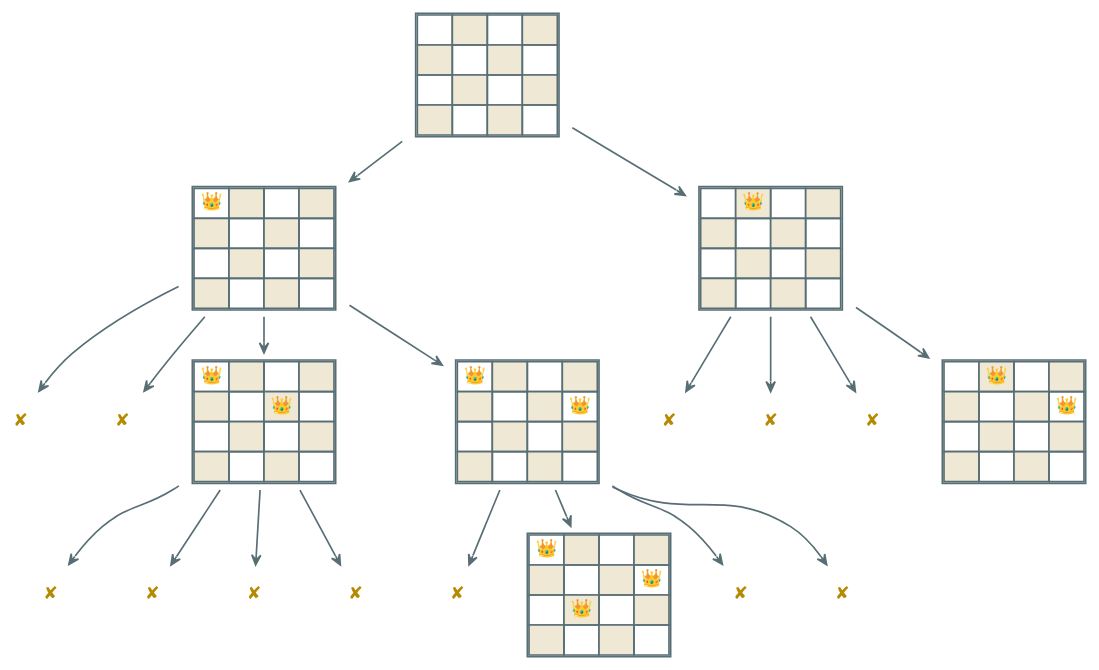
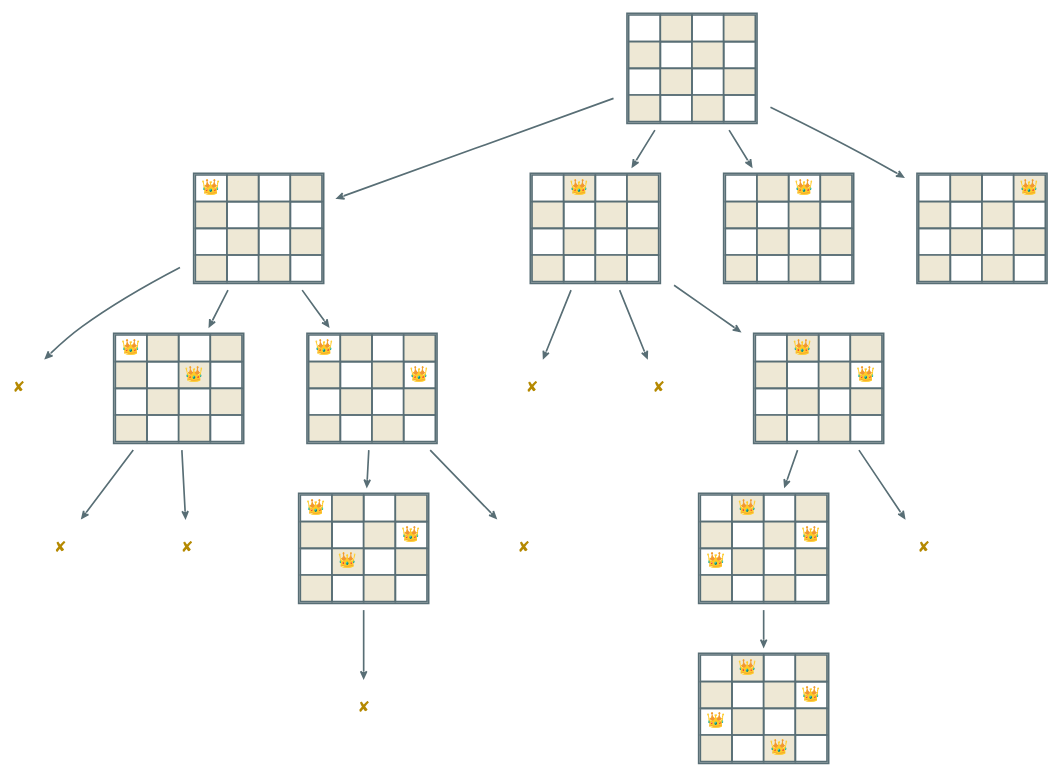
The diagram in dot/four-queen.dot (Avanti1980/course-alg), drawn with Graphviz before and after one commit. The commit also changed 10 other files, not shown here.

```diff
--- a/dot/four-queen.dot
+++ b/dot/four-queen.dot
@@ -1,9 +1,9 @@
 digraph g {
     bgcolor=transparent
-    graph [nodesep=0.1, ranksep=0.3]
+    graph [nodesep=0.3, ranksep=0.3]
     rankdir=TB
-    node [shape=none, color="#586e75", fontcolor="#b58900", fontsize=10.5, fontname="LXGWWenKai"]
-    edge [arrowhead=vee, color="#586e75", fontcolor="#268bd2", fontsize=16, fontname="LXGWWenKai", arrowsize=0.6]
+    node [shape=none, color="#586e75", fontcolor="#b58900", fontsize=9, fontname="LXGWWenKai"]
+    edge [arrowhead=vee, color="#586e75", fontcolor="#268bd2", fontsize=2, fontname="LXGWWenKai", arrowsize=0.4]
 
     n1 [label=<<table cellspacing="0" border="1">
         <tr>
@@ -86,9 +86,62 @@
         </tr>
         </table>>]
 
-    n1 -> {n2,n3}
+    n21 [label=<<table cellspacing="0" border="1">
+        <tr>
+        <td></td>
+        <td bgcolor="#eee8d5">&zwnj;&zwnj;</td>
+        <td>👑</td>
+        <td bgcolor="#eee8d5">&zwnj;&zwnj;</td>
+        </tr>
+        <tr>
+        <td bgcolor="#eee8d5">&zwnj;&zwnj;</td>
+        <td>&zwnj;&zwnj;</td>
+        <td bgcolor="#eee8d5">&zwnj;&zwnj;</td>
+        <td>&zwnj;&zwnj;</td>
+        </tr>
+        <tr>
+        <td>&zwnj;&zwnj;</td>
+        <td bgcolor="#eee8d5">&zwnj;&zwnj;</td>
+        <td>&zwnj;&zwnj;</td>
+        <td bgcolor="#eee8d5">&zwnj;&zwnj;</td>
+        </tr>
+        <tr>
+        <td bgcolor="#eee8d5"></td>
+        <td>&zwnj;&zwnj;</td>
+        <td bgcolor="#eee8d5">&zwnj;&zwnj;</td>
+        <td>&zwnj;&zwnj;</td>
+        </tr>
+        </table>>]
 
-    n4 [label=✘]
+    n22 [label=<<table cellspacing="0" border="1">
+        <tr>
+        <td></td>
+        <td bgcolor="#eee8d5">&zwnj;&zwnj;</td>
+        <td></td>
+        <td bgcolor="#eee8d5">👑</td>
+        </tr>
+        <tr>
+        <td bgcolor="#eee8d5">&zwnj;&zwnj;</td>
+        <td>&zwnj;&zwnj;</td>
+        <td bgcolor="#eee8d5">&zwnj;&zwnj;</td>
+        <td>&zwnj;&zwnj;</td>
+        </tr>
+        <tr>
+        <td>&zwnj;&zwnj;</td>
+        <td bgcolor="#eee8d5">&zwnj;&zwnj;</td>
+        <td>&zwnj;&zwnj;</td>
+        <td bgcolor="#eee8d5">&zwnj;&zwnj;</td>
+        </tr>
+        <tr>
+        <td bgcolor="#eee8d5"></td>
+        <td>&zwnj;&zwnj;</td>
+        <td bgcolor="#eee8d5">&zwnj;&zwnj;</td>
+        <td>&zwnj;&zwnj;</td>
+        </tr>
+        </table>>]
+
+    n1 -> {n2,n3,n21,n22}
+    
     n5 [label=✘]
 
     n6 [label=<<table cellspacing="0" border="1">
@@ -145,10 +198,9 @@
         </tr>
         </table>>]
 
-    n2 -> {n4,n5,n6,n7}
+    n2 -> {n5,n6,n7}
 
     n8 [label=✘]
-    n9 [label=✘]
     n10 [label=✘]
 
     n11 [label=<<table cellspacing="0" border="1">
@@ -178,17 +230,12 @@
         </tr>
         </table>>]
 
+    n3 -> {n8,n10,n11}
 
-    n3 -> {n8,n9,n10,n11}
-
-    n12 [label=✘]
     n13 [label=✘]
-    n14 [label=✘]
     n15 [label=✘]
 
-    n6 -> {n12,n13,n14,n15}
-
-    n16 [label=✘]
+    n6 -> {n13,n15}
 
     n17 [label=<<table cellspacing="0" border="1">
         <tr>
@@ -218,7 +265,70 @@
         </table>>]
 
     n18 [label=✘]
-    n19 [label=✘]
 
-    n7 -> {n16,n17,n18,n19}
+    n7 -> {n17,n18}
+
+    n20 [label=<<table cellspacing="0" border="1">
+        <tr>
+        <td>&zwnj;&zwnj;</td>
+        <td bgcolor="#eee8d5">👑</td>
+        <td>&zwnj;&zwnj;</td>
+        <td bgcolor="#eee8d5">&zwnj;&zwnj;</td>
+        </tr>
+        <tr>
+        <td bgcolor="#eee8d5">&zwnj;&zwnj;</td>
+        <td>&zwnj;&zwnj;</td>
+        <td bgcolor="#eee8d5">&zwnj;&zwnj;</td>
+        <td>👑</td>
+        </tr>
+        <tr>
+        <td>👑</td>
+        <td bgcolor="#eee8d5">&zwnj;&zwnj;</td>
+        <td></td>
+        <td bgcolor="#eee8d5"></td>
+        </tr>
+        <tr>
+        <td bgcolor="#eee8d5"></td>
+        <td></td>
+        <td bgcolor="#eee8d5">&zwnj;&zwnj;</td>
+        <td>&zwnj;&zwnj;</td>
+        </tr>
+        </table>>]
+
+    n24 [label=✘]
+
+    n11 -> {n20,n24}
+
+    n28 [label=✘]
+
+    n17 -> {n28}
+
+    n32 [label=<<table cellspacing="0" border="1">
+        <tr>
+        <td>&zwnj;&zwnj;</td>
+        <td bgcolor="#eee8d5">👑</td>
+        <td>&zwnj;&zwnj;</td>
+        <td bgcolor="#eee8d5">&zwnj;&zwnj;</td>
+        </tr>
+        <tr>
+        <td bgcolor="#eee8d5">&zwnj;&zwnj;</td>
+        <td>&zwnj;&zwnj;</td>
+        <td bgcolor="#eee8d5">&zwnj;&zwnj;</td>
+        <td>👑</td>
+        </tr>
+        <tr>
+        <td>👑</td>
+        <td bgcolor="#eee8d5">&zwnj;&zwnj;</td>
+        <td></td>
+        <td bgcolor="#eee8d5"></td>
+        </tr>
+        <tr>
+        <td bgcolor="#eee8d5"></td>
+        <td></td>
+        <td bgcolor="#eee8d5">👑</td>
+        <td>&zwnj;&zwnj;</td>
+        </tr>
+        </table>>]
+
+    n20 -> {n32}
 }
```
